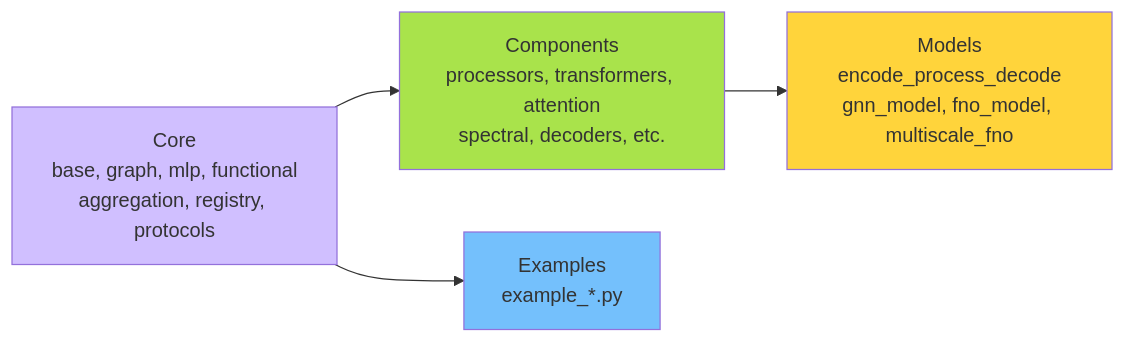
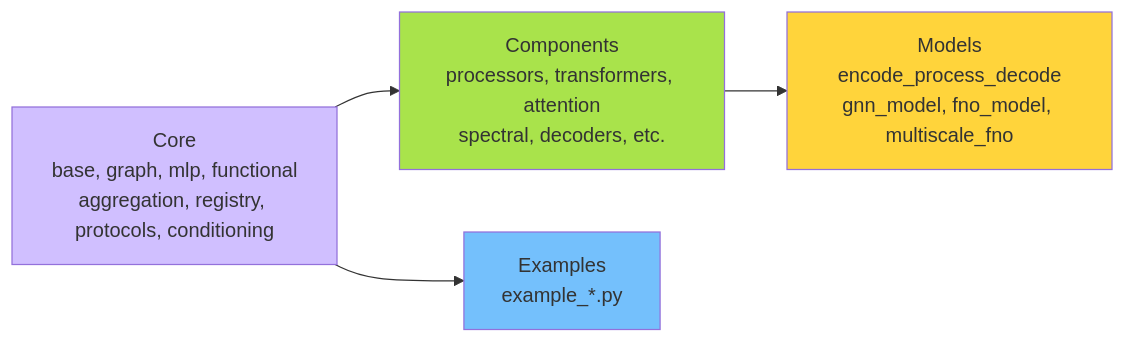
One commit to algorithmx/gnn_pde_v2 changed the second of 3 diagrams in docs/architecture-dependencies.md. Above: the diagram before and after it, drawn with Mermaid. The commit also changed other lines of this file and 12 other files, not shown here.

First line of the commit message:
v2.9.5 Refactor conditioning components and protocols for clarity and compatibility

````diff
--- a/docs/architecture-dependencies.md
+++ b/docs/architecture-dependencies.md
@@ -241,12 +245,12 @@
 ```mermaid
 graph LR
     direction TB
-    C1[Core<br/>base, graph, mlp, functional<br/>aggregation, registry, protocols] --> C2[Components<br/>processors, transformers, attention<br/>spectral, decoders, etc.]
+    C1[Core<br/>base, graph, mlp, functional<br/>aggregation, registry, protocols, conditioning] --> C2[Components<br/>processors, transformers, attention<br/>spectral, decoders, etc.]
     C2 --> C3[Models<br/>encode_process_decode<br/>gnn_model, fno_model, multiscale_fno]
     C1 --> C4[Examples<br/>example_*.py]
 
     style C1 fill:#d0bfff
     style C2 fill:#a9e34b
     style C3 fill:#ffd43b
     style C4 fill:#74c0fc
 ```
````
